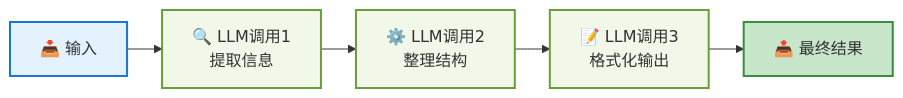
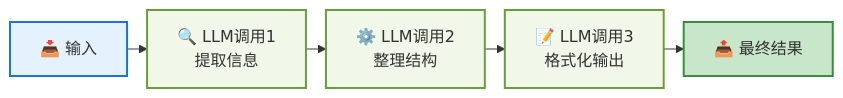
One commit to yxzf/claude-code-guide changed the third of 8 diagrams in agent/AI_Agent_完整入门指南.md. Above: the diagram before and after it, drawn with Mermaid. The commit also changed other lines of this file, not shown here.

First line of the commit message:
进一步缩小图表尺寸

````diff
--- a/agent/AI_Agent_完整入门指南.md
+++ b/agent/AI_Agent_完整入门指南.md
@@ -168,14 +168,14 @@
 ```mermaid
-%%{init: {'flowchart': {'nodeSpacing': 25, 'rankSpacing': 35}}}%%
+%%{init: {'flowchart': {'nodeSpacing': 15, 'rankSpacing': 20}}}%%
 graph LR
     A[📥 输入] --> B[🔍 LLM调用1<br/>提取信息]
     B --> C[⚙️ LLM调用2<br/>整理结构]
     C --> D[📝 LLM调用3<br/>格式化输出]
     D --> E[📤 最终结果]
     
     style A fill:#e3f2fd,stroke:#1976d2,stroke-width:2px
     style E fill:#c8e6c9,stroke:#388e3c,stroke-width:2px
     style B fill:#f1f8e9,stroke:#689f38,stroke-width:2px
     style C fill:#f1f8e9,stroke:#689f38,stroke-width:2px
     style D fill:#f1f8e9,stroke:#689f38,stroke-width:2px
 ```
````
